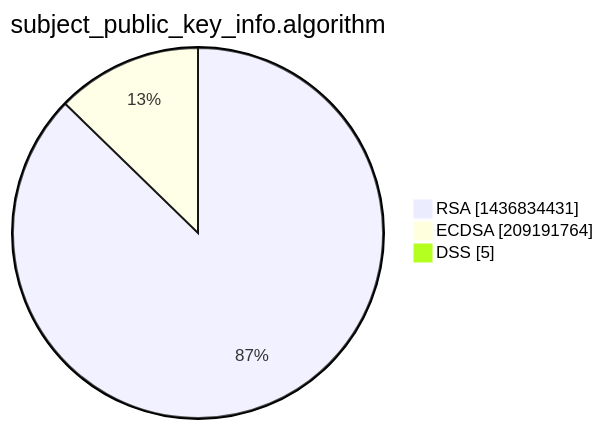
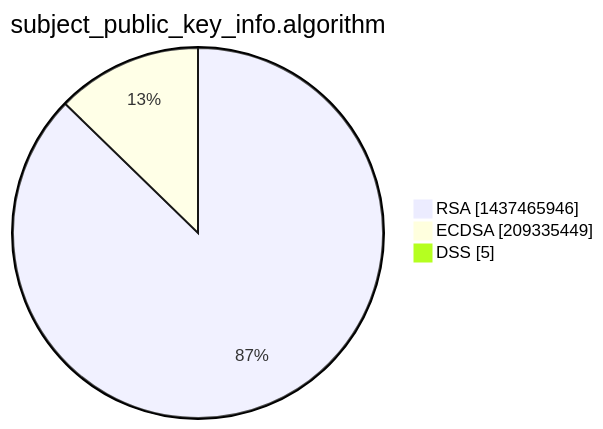
The third of 15 diagrams in xenon2022/README.md (christiankrug/ctmonitor_visualization), drawn with Mermaid before and after one commit. The commit also changed other lines of this file, not shown here.

````diff
--- a/xenon2022/README.md
+++ b/xenon2022/README.md
@@ -14,7 +14,7 @@
 ```mermaid
 pie showData
 title subject_public_key_info.algorithm
-"RSA" :1436834431
-"ECDSA" :209191764
+"RSA" :1437465946
+"ECDSA" :209335449
 "DSS" :5
 ```
````
